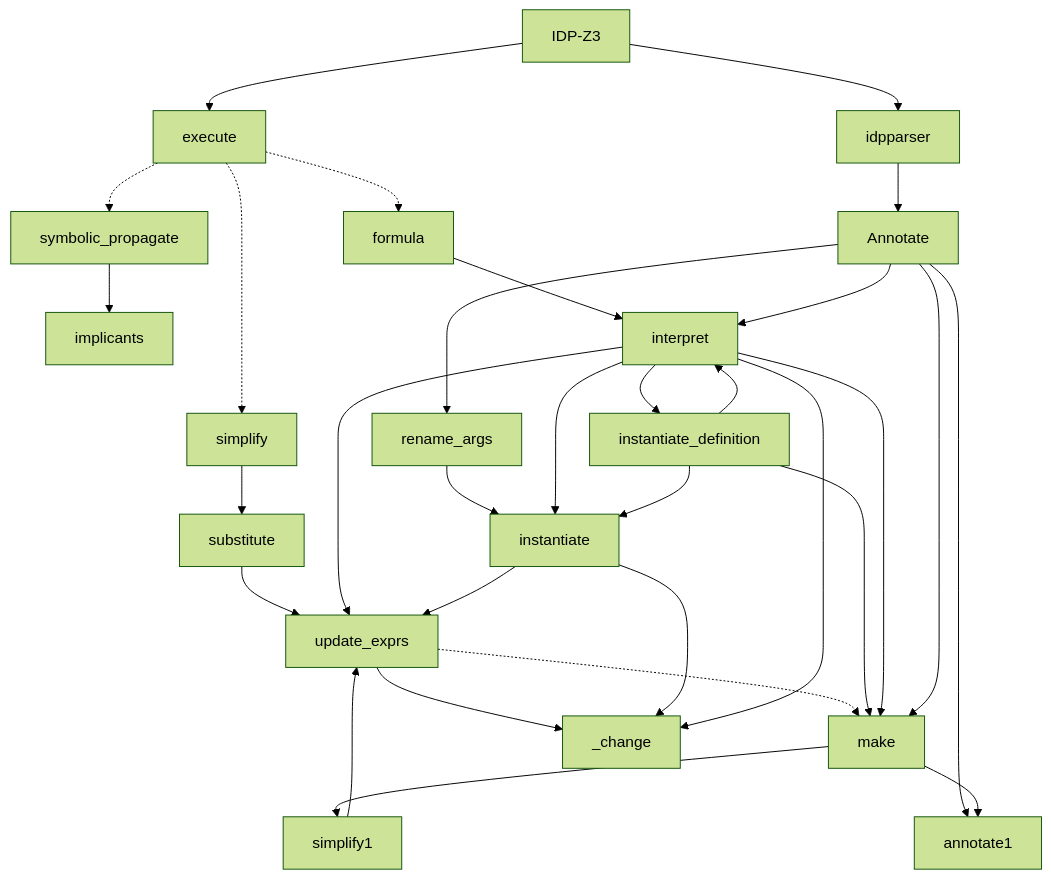
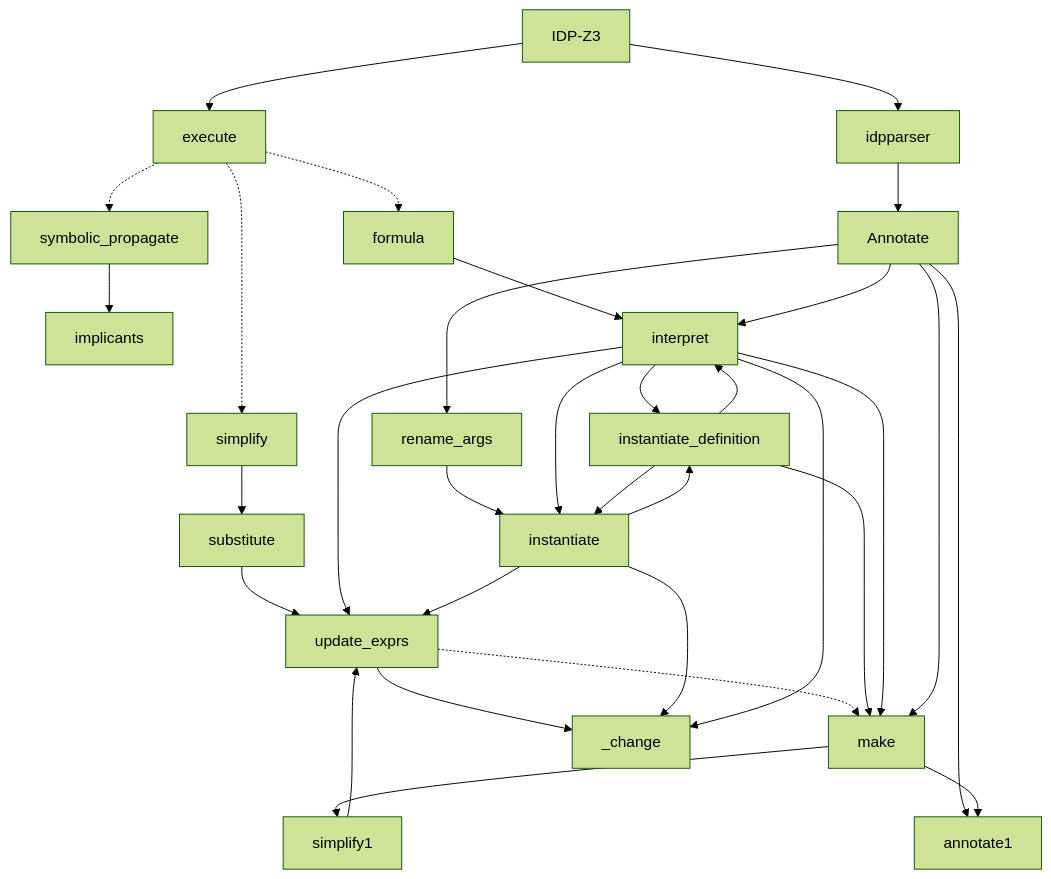
One commit to Sobhangh/IDP-Z3 changed the diagram in docs/zettlr/Call graph.md. Above: the diagram before and after it, drawn with Mermaid (forest theme). The commit also changed other lines of this file and 10 other files, not shown here.

Commit message:
refactor: instantiate_def in AppliedSymbol.interpret refactor: use cache for def instantiation refactor: is_whole_domain

````diff
--- a/docs/zettlr/Call graph.md
+++ b/docs/zettlr/Call graph.md
@@ -4,40 +5,41 @@
 ```mermaid
-graph TD
-    IDP-Z3 --> idpparser
-    IDP-Z3 --> execute
+    graph TD
+        IDP-Z3 --> idpparser
+        IDP-Z3 --> execute
 
-    execute -.-> symbolic_propagate;
-    symbolic_propagate --> implicants;
-    execute -.-> simplify;
-    simplify --> substitute;
-    substitute --> update_exprs;
-    execute -.-> formula
-    formula --> interpret
+        execute -.-> symbolic_propagate;
+        symbolic_propagate --> implicants;
+        execute -.-> simplify;
+        simplify --> substitute;
+        substitute --> update_exprs;
+        execute -.-> formula
+        formula --> interpret
 
-    idpparser --> Annotate
-    Annotate --> interpret;
-    Annotate --> rename_args;
+        idpparser --> Annotate
+        Annotate --> interpret;
+        Annotate --> rename_args;
 
-    rename_args --> instantiate;
-    instantiate_definition --> interpret;
-    interpret --> instantiate;
-    instantiate_definition --> instantiate;
-    interpret --> instantiate_definition
-    interpret --> update_exprs;
+        rename_args --> instantiate;
+        instantiate_definition --> interpret;
+        interpret --> instantiate_definition;
+        interpret --> instantiate;
+        instantiate_definition --> instantiate;
+        instantiate --> instantiate_definition;
+        interpret --> update_exprs;
 
-    update_exprs -.-> make;
-    instantiate_definition --> make;
-    update_exprs --> _change;
-    interpret --> make;
-    simplify1 --> update_exprs;
-    make --> simplify1;
-    Annotate --> annotate1;
-    make --> annotate1;
+        update_exprs -.-> make;
+        instantiate_definition --> make;
+        update_exprs --> _change;
+        interpret --> make;
+        simplify1 --> update_exprs;
+        make --> simplify1;
+        Annotate --> annotate1;
+        make --> annotate1;
 
-    instantiate --> _change;
-    interpret --> _change;
+        instantiate --> _change;
+        interpret --> _change;
 
-    Annotate --> make;
-    instantiate --> update_exprs;
+        Annotate --> make;
+        instantiate --> update_exprs;
 
 ```
````
